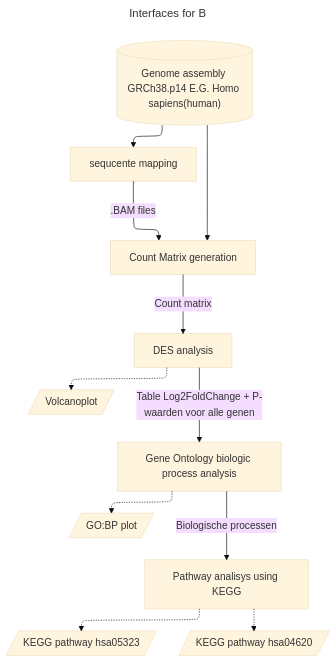
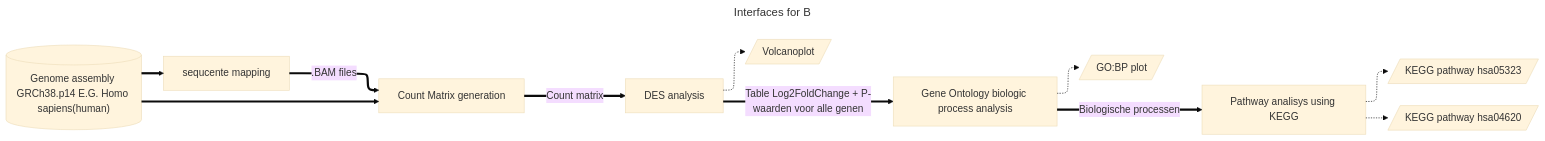
One commit to Quantum-Coder826/J2P4casusTranscriptomics changed the diagram in README.md. Above: the diagram before and after it, drawn with Mermaid (base theme).

Commit message:
Changed arrow types

````diff
--- a/README.md
+++ b/README.md
@@ -38,36 +38,36 @@
 ```mermaid
 ---
 title: Interfaces for B
 ---
 %%{init: {'flowchart': {'defaultRenderer': 'elk'}}}%%
 
-flowchart-elk TD;
+flowchart-elk LR;
   
   HG38[("Genome assembly GRCh38.p14 E.G. Homo sapiens(human)")] 
-  HG38 --> seq_map;
-  HG38 ----> matrix;
+  HG38 ==> seq_map;
+  HG38 ====> matrix;
     
-  seq_map[sequcente mapping] -->|".BAM files"| matrix;
-  matrix[Count Matrix generation] -->|"Count matrix"| data_ana;
+  seq_map[sequcente mapping] ==>|".BAM files"| matrix;
+  matrix[Count Matrix generation] ==>|"Count matrix"| data_ana;
   
-  data_ana[DES analysis] -->|"Table Log2FoldChange + P-waarden voor alle genen"| GO_ana;
+  data_ana[DES analysis] ==>|"Table Log2FoldChange + P-waarden voor alle genen"| GO_ana;
   data_ana -.-> Volcano[/Volcanoplot/];
   
-  GO_ana[Gene Ontology biologic process analysis] -->|"Biologische processen"| KEGG_ana;
+  GO_ana[Gene Ontology biologic process analysis] ==>|"Biologische processen"| KEGG_ana;
   GO_ana -.-> GO_plot[/GO:BP plot/];
   
   KEGG_ana[Pathway analisys using KEGG];
   KEGG_ana -.-> KEGG_hsa05323[/KEGG pathway hsa05323/]
   KEGG_ana -.-> KEGG_hsa04620[/KEGG pathway hsa04620/]
     
   click seq_map "https://github.com/Quantum-Coder826/J2P4casusTranscriptomics/blob/main/scripts/seq_mapping.R";
   click matrix "https://github.com/Quantum-Coder826/J2P4casusTranscriptomics/blob/main/scripts/count_matrix.R";
   click data_ana "https://github.com/Quantum-Coder826/J2P4casusTranscriptomics/blob/main/scripts/data_ana.R";
   click GO_ana "https://github.com/Quantum-Coder826/J2P4casusTranscriptomics/blob/main/scripts/GO_analysis.R";
   click KEGG_ana "https://github.com/Quantum-Coder826/J2P4casusTranscriptomics/blob/main/scripts/KEGG_analysis.R";
   
   click HG38 "https://www.ncbi.nlm.nih.gov/datasets/genome/GCF_000001405.40/";
   
   classDef hidden display: none;
 
 ```
````
